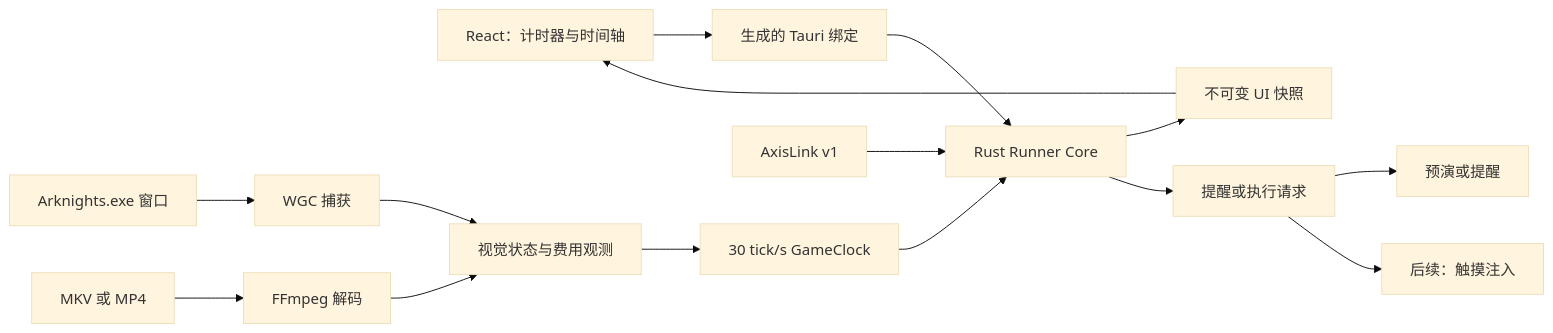
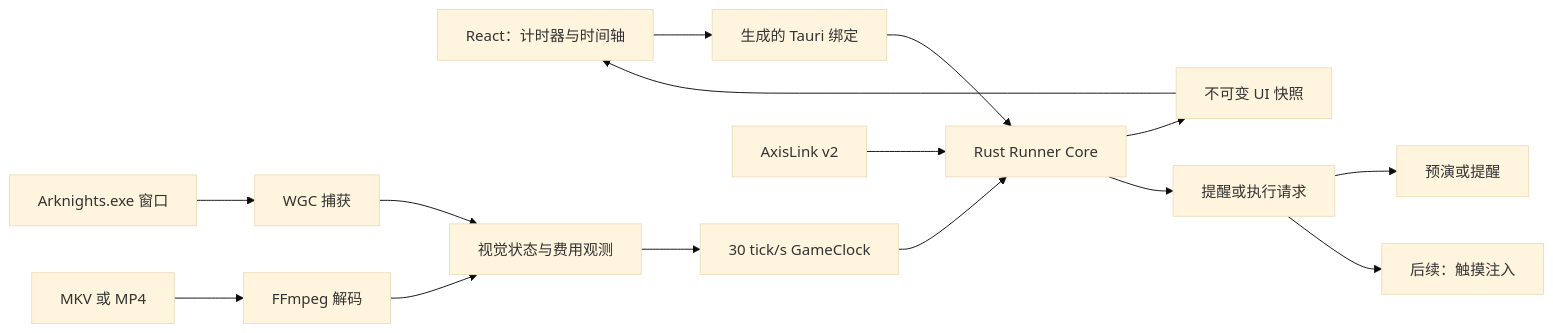
Before and after one commit to reKelin/Arknights-Operation-Console: the diagram in docs/product/architecture.md, drawn with Mermaid (base theme). The commit also changed other lines of this file and 8 other files, not shown here.

Commit message:
docs(axis): 定义 AxisLink v2 与关卡识别

````diff
--- a/docs/product/architecture.md
+++ b/docs/product/architecture.md
@@ -19,17 +19,17 @@
 ```mermaid
 flowchart LR
   UI["React：计时器与时间轴"] --> Commands["生成的 Tauri 绑定"]
   Commands --> Core["Rust Runner Core"]
   Window["Arknights.exe 窗口"] --> Capture["WGC 捕获"]
   Recording["MKV 或 MP4"] --> Decode["FFmpeg 解码"]
   Capture --> Vision["视觉状态与费用观测"]
   Decode --> Vision
   Vision --> Clock["30 tick/s GameClock"]
   Clock --> Core
-  Axis["AxisLink v1"] --> Core
+  Axis["AxisLink v2"] --> Core
   Core --> Snapshot["不可变 UI 快照"]
   Core --> Output["提醒或执行请求"]
   Snapshot --> UI
   Output --> DryRun["预演或提醒"]
   Output --> Touch["后续：触摸注入"]
 ```
````
